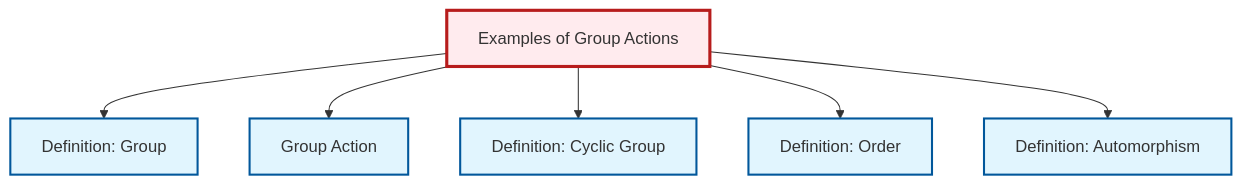
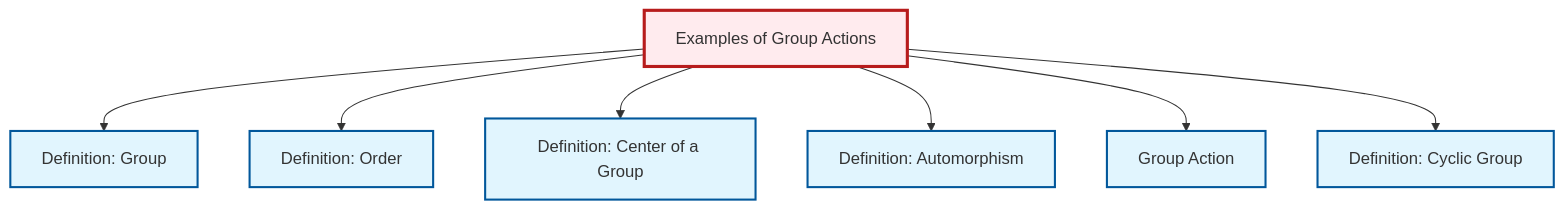
One commit to RK0429/ModernMath changed the diagram in content/en/algebra/ex-group-action-examples.qmd. Above: the diagram before and after it, drawn with Mermaid. The commit also changed other lines of this file and 634 other files, not shown here.

````diff
--- a/content/en/algebra/ex-group-action-examples.qmd
+++ b/content/en/algebra/ex-group-action-examples.qmd
@@ -77,26 +78,29 @@
 ```{mermaid}
 %%| fig-cap: "Local dependency graph"
 graph TD
     classDef definition fill:#e1f5fe,stroke:#01579b,stroke-width:2px
     classDef theorem fill:#f3e5f5,stroke:#4a148c,stroke-width:2px
     classDef axiom fill:#fff3e0,stroke:#e65100,stroke-width:2px
     classDef example fill:#e8f5e9,stroke:#1b5e20,stroke-width:2px
     classDef current fill:#ffebee,stroke:#b71c1c,stroke-width:3px
     def-group["Definition: Group"]:::definition
+    def-center-of-group["Definition: Center of a Group"]:::definition
     def-cyclic-group["Definition: Cyclic Group"]:::definition
+    def-order["Definition: Order"]:::definition
+    def-group-action["Group Action"]:::definition
     def-automorphism["Definition: Automorphism"]:::definition
-    def-order["Definition: Order"]:::definition
     ex-group-action-examples["Examples of Group Actions"]:::example
-    def-group-action["Group Action"]:::definition
     ex-group-action-examples --> def-group
+    ex-group-action-examples --> def-order
+    ex-group-action-examples --> def-center-of-group
+    ex-group-action-examples --> def-automorphism
     ex-group-action-examples --> def-group-action
     ex-group-action-examples --> def-cyclic-group
-    ex-group-action-examples --> def-order
-    ex-group-action-examples --> def-automorphism
     class ex-group-action-examples current
     click def-group "def-group.html" "Go to Group definition"
+    click def-center-of-group "def-center-of-group.html" "Go to Center of a Group definition"
     click def-cyclic-group "def-cyclic-group.html" "Go to Cyclic Group definition"
-    click def-automorphism "def-automorphism.html" "Go to Automorphism definition"
     click def-order "def-order.html" "Go to Order definition"
     click def-group-action "def-group-action.html" "Go to Group Action"
+    click def-automorphism "def-automorphism.html" "Go to Automorphism definition"
 ```
````
